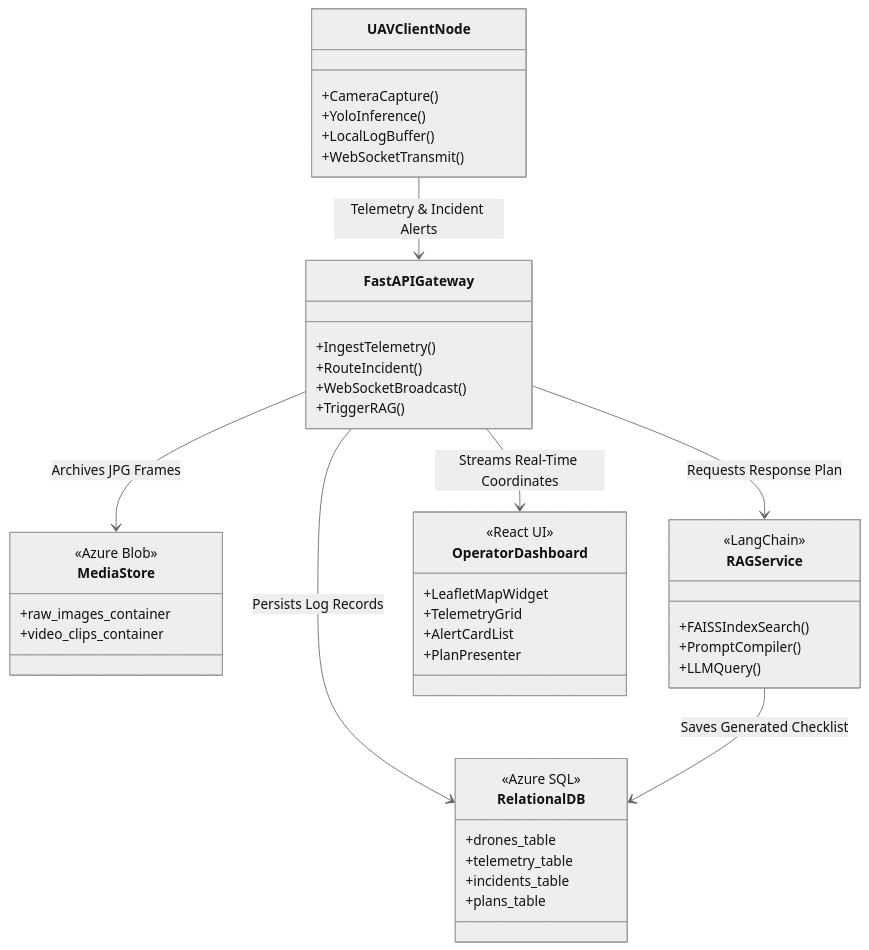
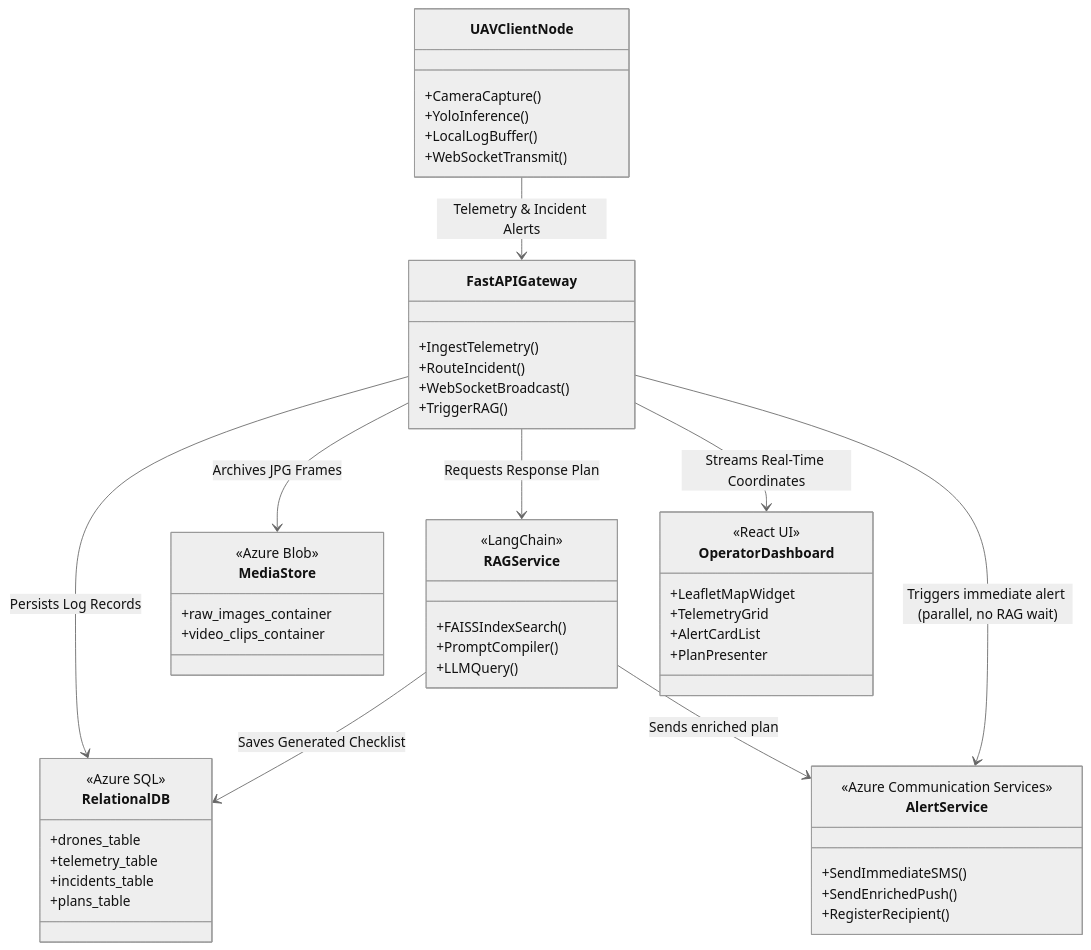
The diagram in docs/architecture/component-diagram.md (Veladicodes/cloud-rag-drone-fire-detection), drawn with Mermaid (neutral theme) before and after one commit. The commit also changed 5 other files, not shown here.

````diff
--- a/docs/architecture/component-diagram.md
+++ b/docs/architecture/component-diagram.md
@@ -7,52 +7,61 @@
 ```mermaid
 classDiagram
     class UAVClientNode {
         +CameraCapture()
         +YoloInference()
         +LocalLogBuffer()
         +WebSocketTransmit()
     }
     
     class FastAPIGateway {
         +IngestTelemetry()
         +RouteIncident()
         +WebSocketBroadcast()
         +TriggerRAG()
     }
 
     class RelationalDB {
         <<Azure SQL>>
         +drones_table
         +telemetry_table
         +incidents_table
         +plans_table
     }
 
     class MediaStore {
         <<Azure Blob>>
         +raw_images_container
         +video_clips_container
     }
 
     class RAGService {
         <<LangChain>>
         +FAISSIndexSearch()
         +PromptCompiler()
         +LLMQuery()
     }
 
     class OperatorDashboard {
         <<React UI>>
         +LeafletMapWidget
         +TelemetryGrid
         +AlertCardList
         +PlanPresenter
     }
 
+    class AlertService {
+        <<Azure Communication Services>>
+        +SendImmediateSMS()
+        +SendEnrichedPush()
+        +RegisterRecipient()
+    }
+
     UAVClientNode --> FastAPIGateway : Telemetry & Incident Alerts
     FastAPIGateway --> RelationalDB : Persists Log Records
     FastAPIGateway --> MediaStore : Archives JPG Frames
     FastAPIGateway --> RAGService : Requests Response Plan
     RAGService --> RelationalDB : Saves Generated Checklist
     FastAPIGateway --> OperatorDashboard : Streams Real-Time Coordinates
+    FastAPIGateway --> AlertService : Triggers immediate alert (parallel, no RAG wait)
+    RAGService --> AlertService : Sends enriched plan
 ```
````
